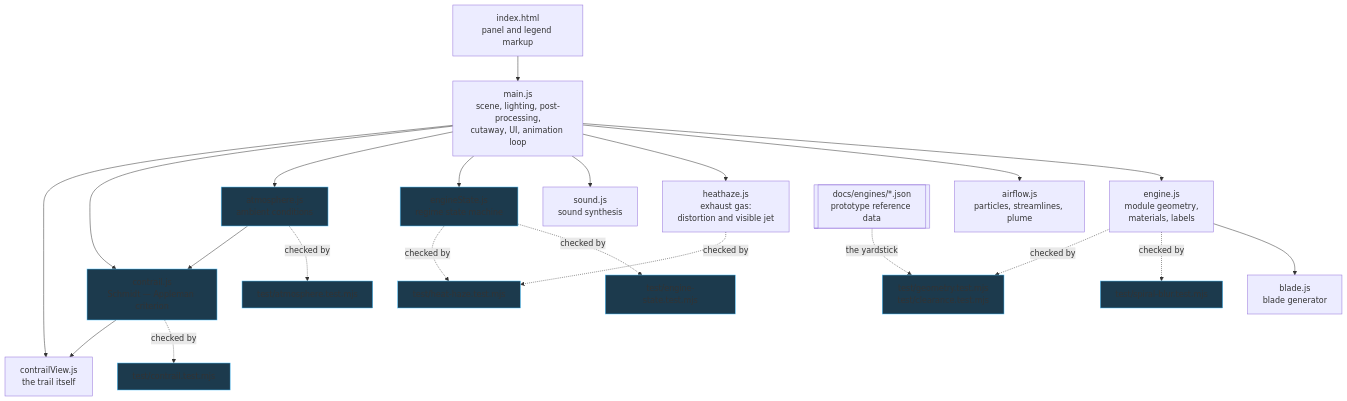
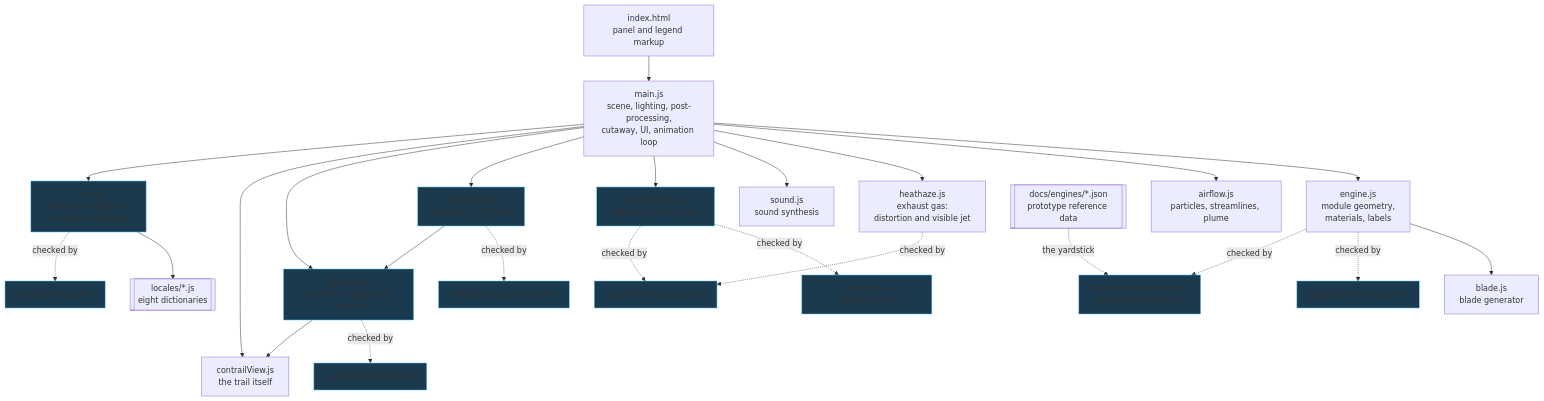
Before and after one commit to jubbon/jet-engine-3d: the first of 2 diagrams in docs/01-architecture.md, drawn with Mermaid. The commit also changed other lines of this file and 22 other files, not shown here.

````diff
--- a/docs/01-architecture.md
+++ b/docs/01-architecture.md
@@ -5,32 +5,37 @@
 ```mermaid
 graph TD
   I[index.html<br/>panel and legend markup] --> M
   M[main.js<br/>scene, lighting, post-processing,<br/>cutaway, UI, animation loop]
   M --> E[engine.js<br/>module geometry,<br/>materials, labels]
   M --> A[airflow.js<br/>particles, streamlines, plume]
   M --> H[heathaze.js<br/>exhaust gas:<br/>distortion and visible jet]
   M --> S[sound.js<br/>sound synthesis]
   M --> ST[engineState.js<br/>regime state machine]
   M --> AT[atmosphere.js<br/>ambient conditions]
   M --> CT[contrail.js<br/>Schmidt — Appleman criterion]
   M --> CV[contrailView.js<br/>the trail itself]
+  M --> L[i18n.js<br/>lookup, interpolation,<br/>number formatting]
+  L --> LOC[["locales/*.js<br/>eight dictionaries"]]
   E --> B[blade.js<br/>blade generator]
+  L -.checked by.-> T7[test/i18n.test.mjs]
   ST -.checked by.-> T[test/engine-state.test.mjs]
   ST -.checked by.-> T2[test/heat-haze.test.mjs]
   E -.checked by.-> T3[test/spiral-blur.test.mjs]
   E -.checked by.-> T4["test/geometry.test.mjs<br/>test/clearance.test.mjs"]
   AT -.checked by.-> T5[test/atmosphere.test.mjs]
   CT -.checked by.-> T6[test/contrail.test.mjs]
   AT --> CT --> CV
   J[["docs/engines/*.json<br/>prototype reference data"]] -.the yardstick.-> T4
   H -.checked by.-> T2
   style ST fill:#1c3a4d,stroke:#4fc3ff
   style AT fill:#1c3a4d,stroke:#4fc3ff
   style T fill:#1c3a4d,stroke:#4fc3ff
   style T2 fill:#1c3a4d,stroke:#4fc3ff
   style T3 fill:#1c3a4d,stroke:#4fc3ff
   style T4 fill:#1c3a4d,stroke:#4fc3ff
   style T5 fill:#1c3a4d,stroke:#4fc3ff
   style CT fill:#1c3a4d,stroke:#4fc3ff
   style T6 fill:#1c3a4d,stroke:#4fc3ff
+  style L fill:#1c3a4d,stroke:#4fc3ff
+  style T7 fill:#1c3a4d,stroke:#4fc3ff
 ```
````
